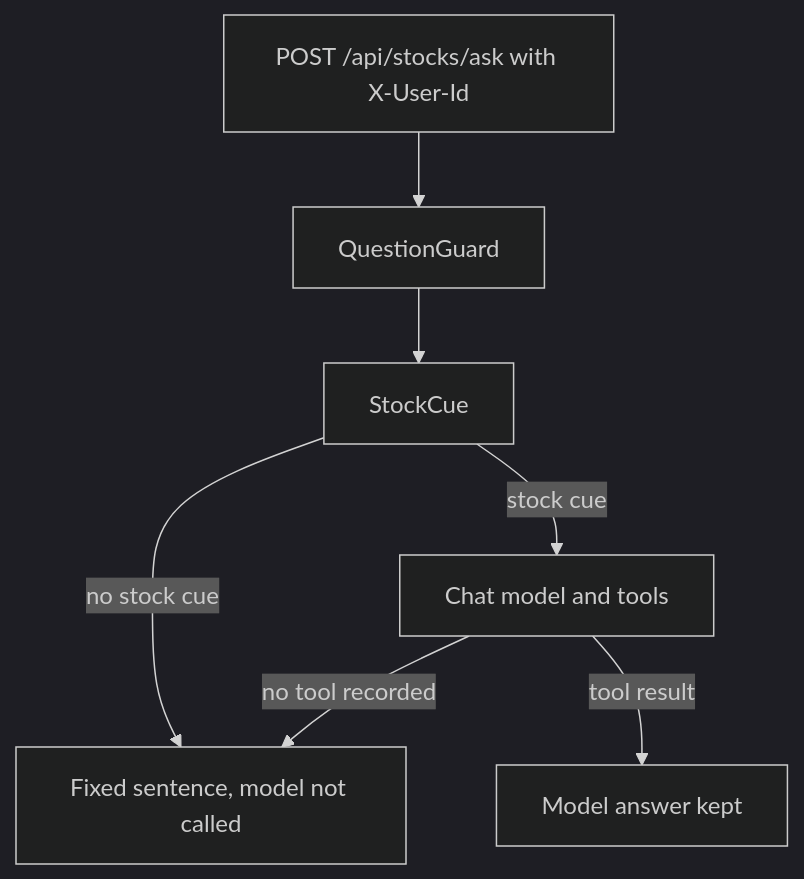
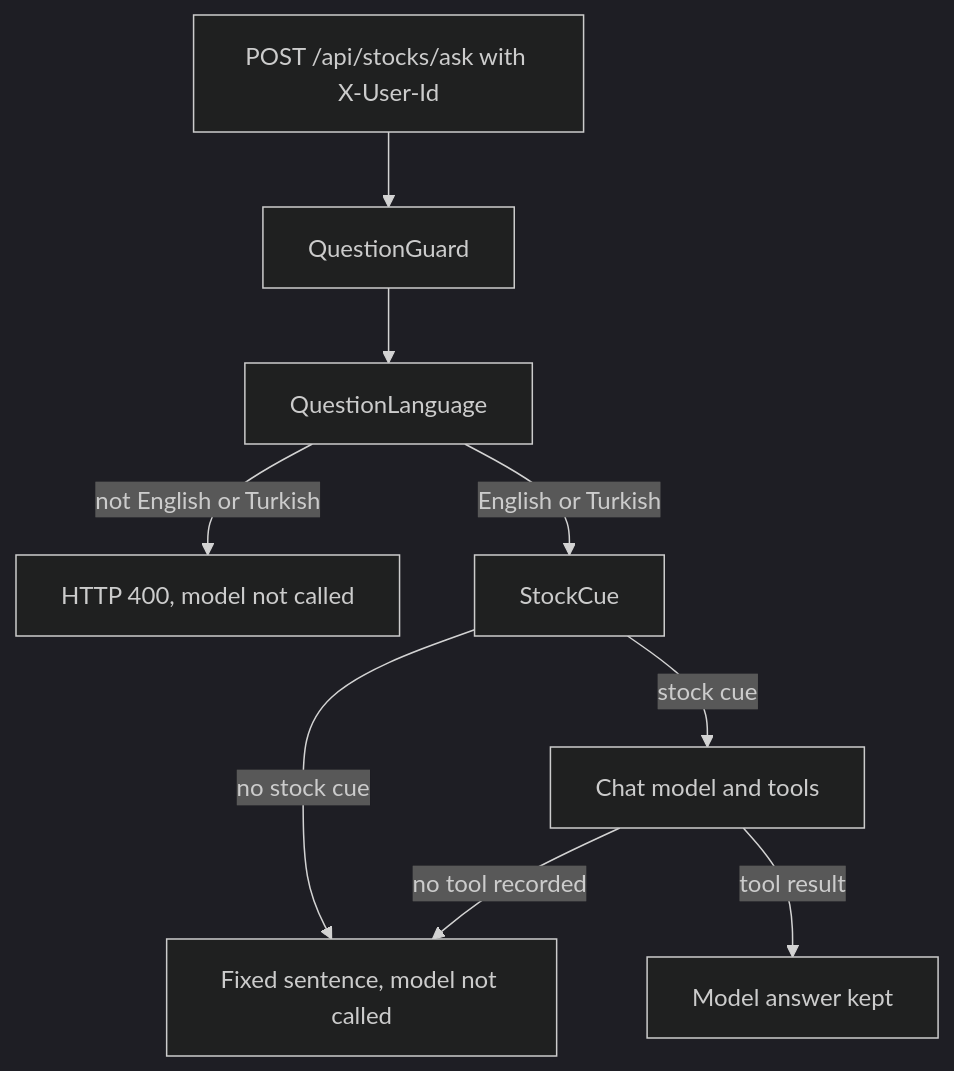
Before and after one commit to tufangorel/spring-boot-ai-stock-mcp: the seventh of 12 diagrams in README.md, drawn with Mermaid (dark theme). The commit also changed other lines of this file and 8 other files, not shown here.

Commit message:
Accept only English and Turkish stock questions so a ticker alone or another language never reaches the model.

````diff
--- a/README.md
+++ b/README.md
@@ -684,9 +802,11 @@
 ```mermaid
 flowchart TD
     Request["POST /api/stocks/ask with X-User-Id"] --> Guard["QuestionGuard"]
-    Guard --> Cue["StockCue"]
+    Guard --> Language["QuestionLanguage"]
+    Language -->|not English or Turkish| Rejected["HTTP 400, model not called"]
+    Language -->|English or Turkish| Cue["StockCue"]
     Cue -->|no stock cue| Fixed["Fixed sentence, model not called"]
     Cue -->|stock cue| Model["Chat model and tools"]
     Model -->|no tool recorded| Fixed
     Model -->|tool result| Kept["Model answer kept"]
 ```
````
